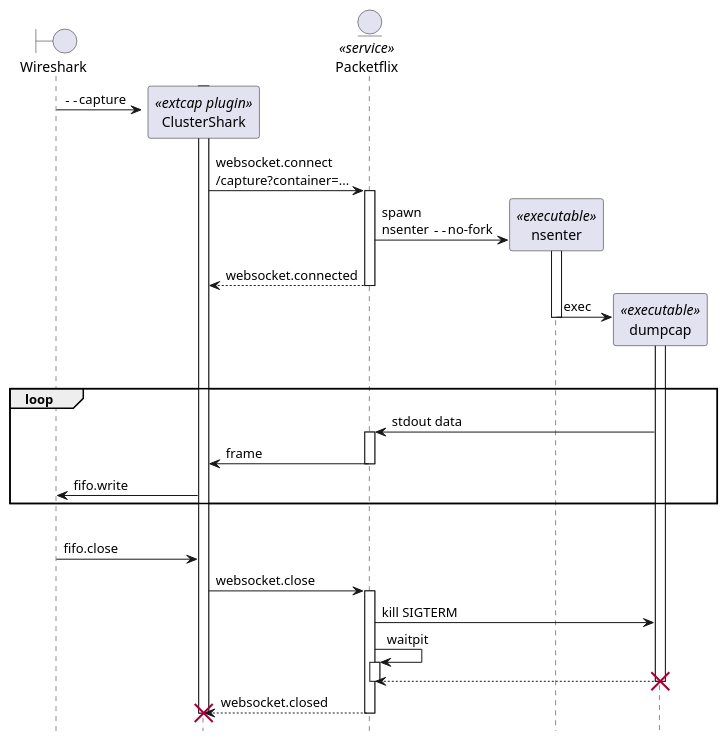
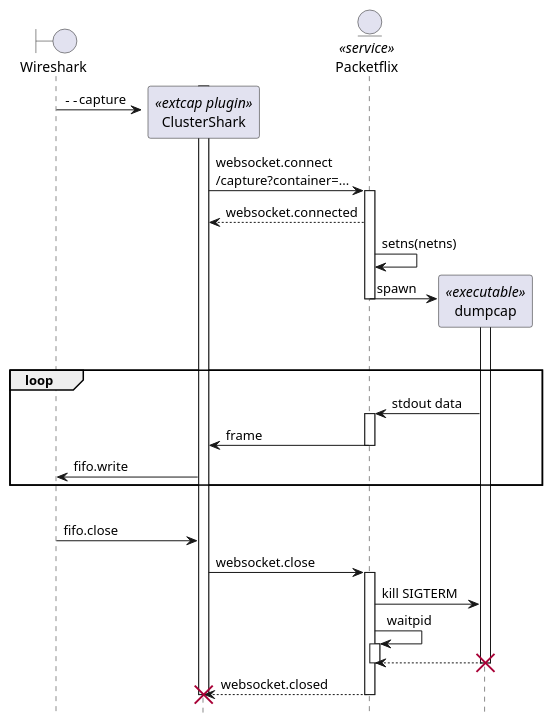
Before and after one commit to siemens/packetflix: the first of 2 diagrams in sequences.md, drawn with PlantUML. The commit also changed other lines of this file and 7 other files, not shown here.

````diff
--- a/sequences.md
+++ b/sequences.md
@@ -22,51 +24,45 @@
 ```plantuml
 hide footbox
 
 boundary Wireshark
 participant ClusterShark <<extcap plugin>>
 activate ClusterShark
 entity Packetflix <<service>>
-participant nsenter <<executable>>
 participant dumpcap <<executable>>
 
 create ClusterShark
 Wireshark -> ClusterShark : ""--""capture
 
 ClusterShark -> Packetflix : websocket.connect\n/capture?container=...
 activate Packetflix
-  create nsenter
-  Packetflix -> nsenter : spawn\nnsenter ""--""no-fork
-  activate nsenter
-
 ClusterShark <-- Packetflix : websocket.connected
+  Packetflix -> Packetflix : setns(netns)
+  create dumpcap
+  Packetflix -> dumpcap : spawn
+  activate dumpcap
 deactivate Packetflix
-
-    create dumpcap
-    nsenter -> dumpcap : exec
-    activate dumpcap
-  deactivate nsenter
 
 |||
 
 loop
   dumpcap -> Packetflix : stdout data
   activate Packetflix
   Packetflix -> ClusterShark : frame
   deactivate Packetflix
   ClusterShark -> Wireshark : fifo.write
 end
 
 |||
 
 Wireshark -> ClusterShark : fifo.close
 ClusterShark -> Packetflix : websocket.close
 activate Packetflix
   Packetflix -> dumpcap : kill SIGTERM
-  Packetflix -> Packetflix : waitpit
+  Packetflix -> Packetflix : waitpid
   activate Packetflix
     Packetflix <-- dumpcap
   deactivate Packetflix
   destroy dumpcap
 return websocket.closed
 destroy ClusterShark
 ```
````
